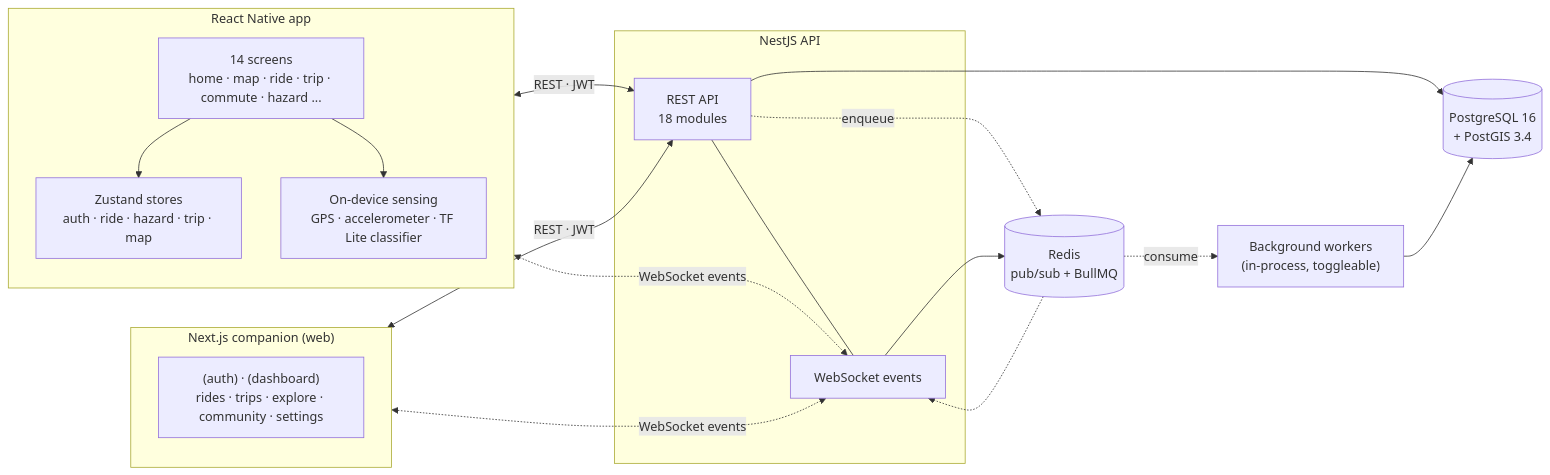
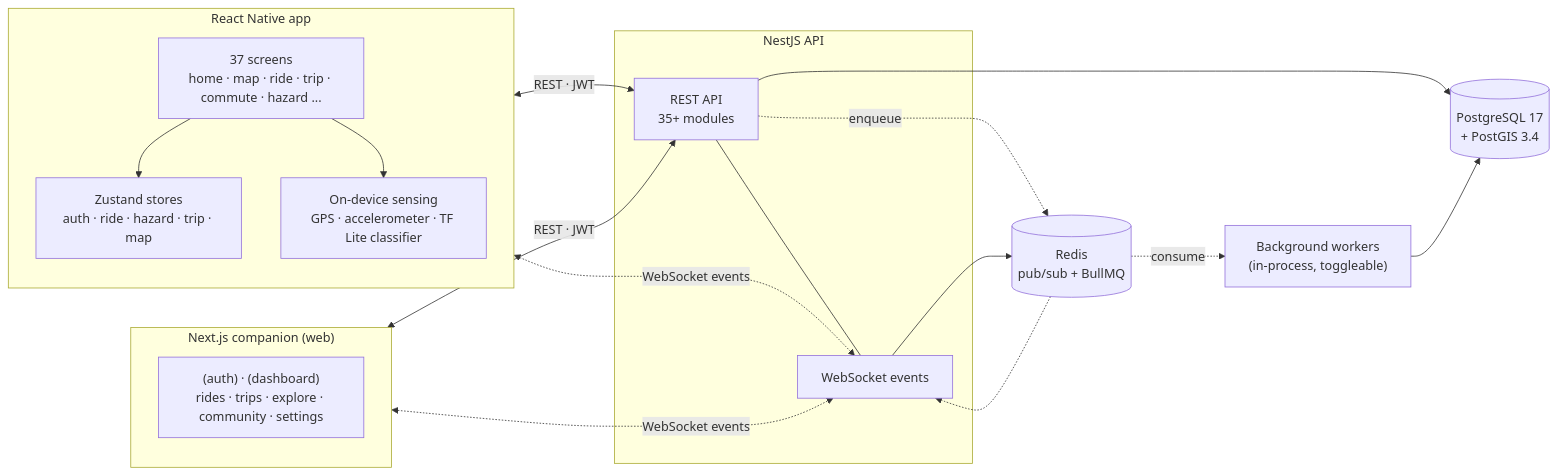
One commit to Studio81Labs/tarmoto changed the diagram in docs/reference/architecture.md. Above: the diagram before and after it, drawn with Mermaid. The commit also changed other lines of this file, not shown here.

First line of the commit message:
docs(docs): update architecture doc — coolify deploy, pg17, module counts

````diff
--- a/docs/reference/architecture.md
+++ b/docs/reference/architecture.md
@@ -7,35 +7,35 @@
 ```mermaid
 flowchart LR
   subgraph Mobile["React Native app"]
-    Screens["14 screens<br/>home · map · ride · trip · commute · hazard ..."]
+    Screens["37 screens<br/>home · map · ride · trip · commute · hazard ..."]
     Stores["Zustand stores<br/>auth · ride · hazard · trip · map"]
     Sensor["On-device sensing<br/>GPS · accelerometer · TF Lite classifier"]
     Screens --> Stores
     Screens --> Sensor
   end
 
   subgraph Companion["Next.js companion (web)"]
     AppDir["(auth) · (dashboard)<br/>rides · trips · explore · community · settings"]
   end
 
   subgraph Backend["NestJS API"]
-    REST["REST API<br/>18 modules"]
+    REST["REST API<br/>35+ modules"]
     WS["WebSocket events"]
     REST --- WS
   end
 
-  PG[("PostgreSQL 16<br/>+ PostGIS 3.4")]
+  PG[("PostgreSQL 17<br/>+ PostGIS 3.4")]
   Redis[("Redis<br/>pub/sub + BullMQ")]
   Jobs["Background workers<br/>(in-process, toggleable)"]
 
   Mobile <-->|REST · JWT| REST
   Companion <-->|REST · JWT| REST
   Mobile <-.->|WebSocket events| WS
   Companion <-.->|WebSocket events| WS
   REST --> PG
   REST -.->|enqueue| Redis
   WS --> Redis
   Redis -.-> WS
   Redis -.->|consume| Jobs
   Jobs --> PG
 ```
````
